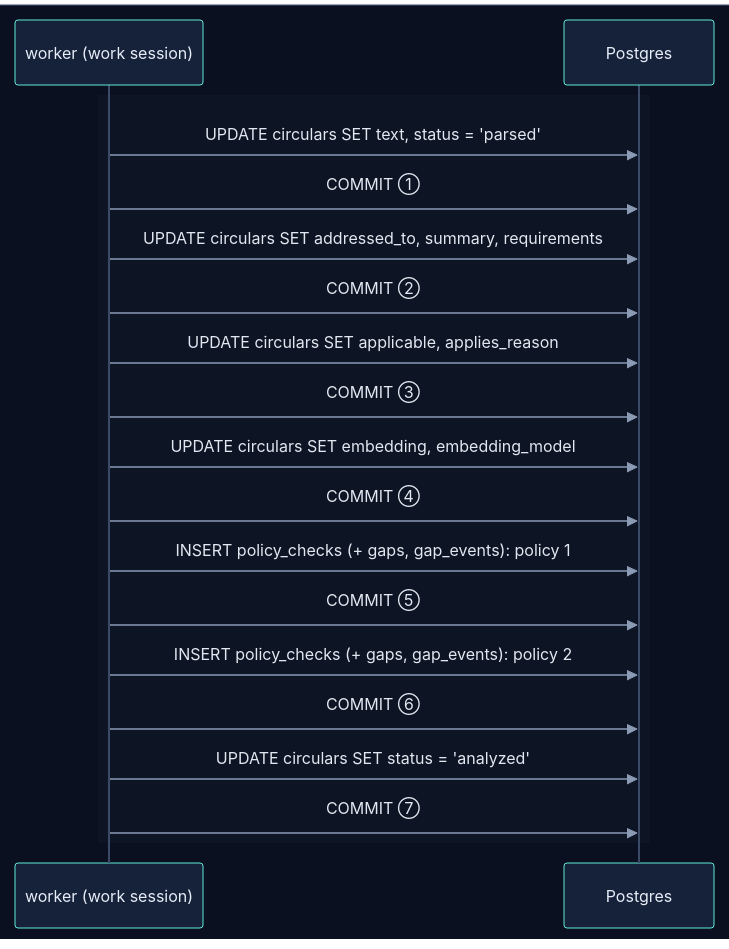
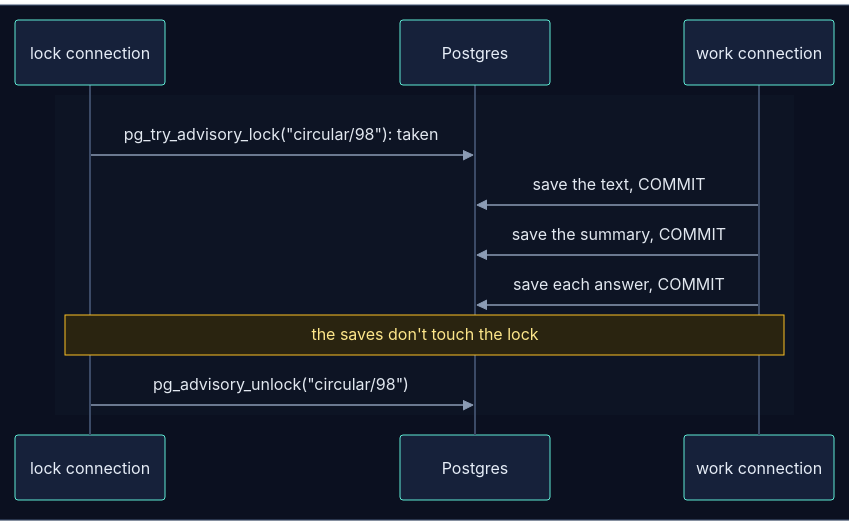
Diagram 12 of 12 in how_the_worker_works.md (selvakumarperumal/Regulatory_Circular_Impact_Agent), drawn with Mermaid before and after one commit. The commit also changed other lines of this file and 4 other files, not shown here.

````diff
--- a/how_the_worker_works.md
+++ b/how_the_worker_works.md
@@ -866,25 +636,18 @@
 ```mermaid
 %%{init: {"theme": "base", "sequence": {"diagramMarginX": 0, "diagramMarginY": 0}, "themeVariables": {"darkMode": true, "primaryColor": "#16213a", "primaryTextColor": "#e6edf7", "primaryBorderColor": "#475a7a", "lineColor": "#8b9bb4", "secondaryColor": "#1b2436", "tertiaryColor": "#101a2e", "edgeLabelBackground": "#0f172a", "textColor": "#e2e8f0", "actorBkg": "#16213a", "actorBorder": "#5eead4", "actorTextColor": "#e6edf7", "actorLineColor": "#3b4a66", "signalColor": "#8b9bb4", "signalTextColor": "#e2e8f0", "noteBkgColor": "#2a2410", "noteBorderColor": "#fbbf24", "noteTextColor": "#fde68a", "labelBoxBkgColor": "#1e293b", "labelBoxBorderColor": "#64748b", "labelTextColor": "#e2e8f0", "loopTextColor": "#c4b5fd", "sequenceNumberColor": "#0b1020", "activationBkgColor": "#1e293b"}}}%%
 sequenceDiagram
     box rgb(11, 16, 32)
-        participant K as worker (work session)
-        participant PG as Postgres
+        participant L as lock connection
+        participant DB as Postgres
+        participant S as work connection
     end
 
     rect rgb(13, 20, 36)
-        K->>PG: UPDATE circulars SET text, status = 'parsed'
-        K->>PG: COMMIT ①
-        K->>PG: UPDATE circulars SET addressed_to, summary, requirements
-        K->>PG: COMMIT ②
-        K->>PG: UPDATE circulars SET applicable, applies_reason
-        K->>PG: COMMIT ③
-        K->>PG: UPDATE circulars SET embedding, embedding_model
-        K->>PG: COMMIT ④
-        K->>PG: INSERT policy_checks (+ gaps, gap_events): policy 1
-        K->>PG: COMMIT ⑤
-        K->>PG: INSERT policy_checks (+ gaps, gap_events): policy 2
-        K->>PG: COMMIT ⑥
-        K->>PG: UPDATE circulars SET status = 'analyzed'
-        K->>PG: COMMIT ⑦
+        L->>DB: pg_try_advisory_lock("circular/98"): taken
+        S->>DB: save the text, COMMIT
+        S->>DB: save the summary, COMMIT
+        S->>DB: save each answer, COMMIT
+        Note over L,S: the saves don't touch the lock
+        L->>DB: pg_advisory_unlock("circular/98")
     end
 ```
````
